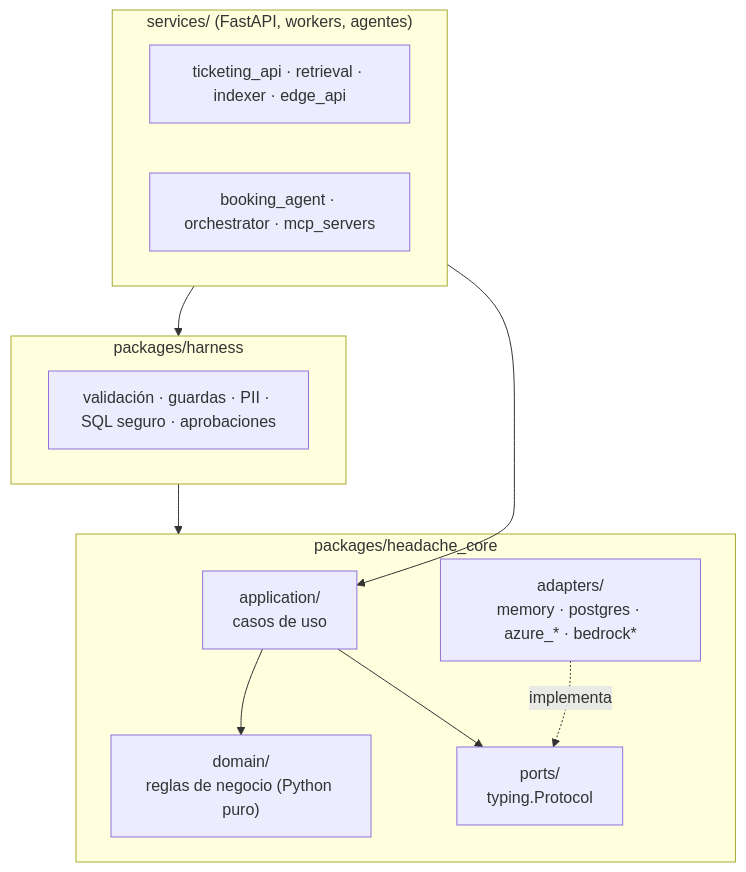
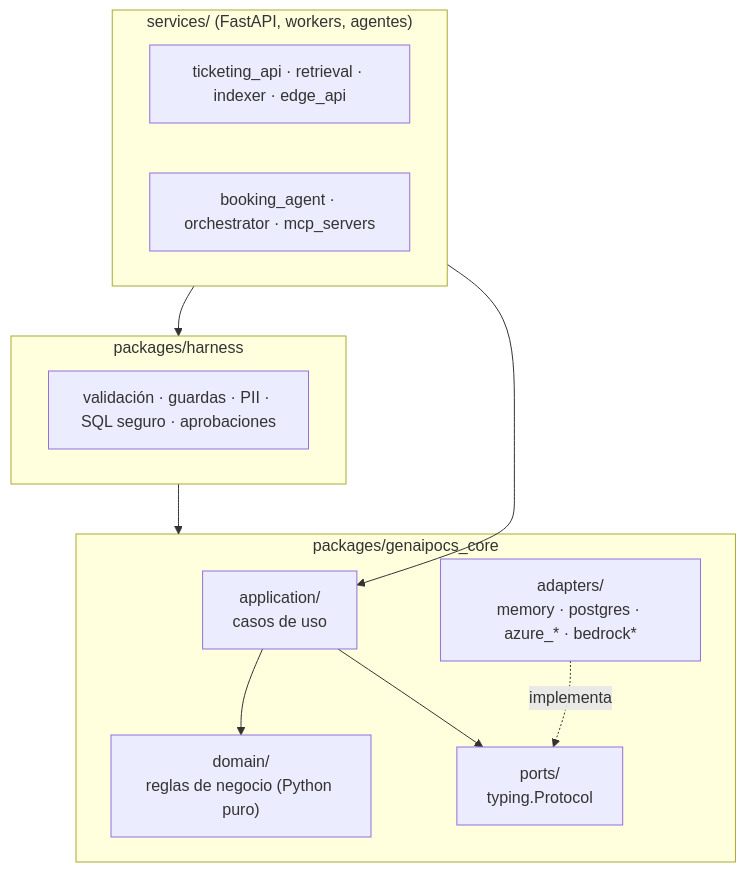
One commit to SergioVelmay/GenAI_PoCs changed the second of 13 diagrams in docs/arquitectura.md. Above: the diagram before and after it, drawn with Mermaid. The commit also changed other lines of this file and 751 other files, not shown here.

First line of the commit message:
refactor: renombrado de headache a genaipocs en todo el repo

````diff
--- a/docs/arquitectura.md
+++ b/docs/arquitectura.md
@@ -57,21 +57,21 @@
 ```mermaid
 flowchart TB
   subgraph SVC["services/ (FastAPI, workers, agentes)"]
     S1["ticketing_api · retrieval · indexer · edge_api"]
     S2["booking_agent · orchestrator · mcp_servers"]
   end
   subgraph HAR["packages/harness"]
     H1["validación · guardas · PII · SQL seguro · aprobaciones"]
   end
-  subgraph CORE["packages/headache_core"]
+  subgraph CORE["packages/genaipocs_core"]
     APP["application/<br/>casos de uso"]
     DOM["domain/<br/>reglas de negocio (Python puro)"]
     PORTS["ports/<br/>typing.Protocol"]
     ADP["adapters/<br/>memory · postgres · azure_* · bedrock*"]
   end
   SVC --> HAR --> CORE
   SVC --> APP
   APP --> DOM
   APP --> PORTS
   ADP -.->|"implementa"| PORTS
 ```
````
